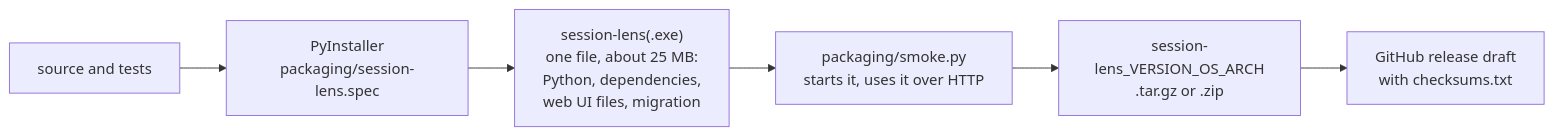
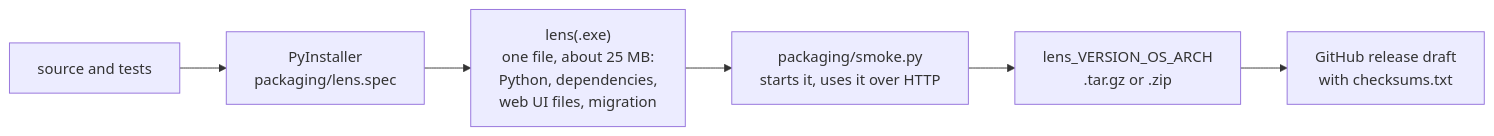
Diagram 22 of 22 in docs/architecture.md (Flockdeck/lens), drawn with Mermaid before and after one commit. The commit also changed other lines of this file and 187 other files, not shown here.

First line of the commit message:
Rename session-lens to lens

````diff
--- a/docs/architecture.md
+++ b/docs/architecture.md
@@ -857,8 +857,8 @@
 ```mermaid
 flowchart LR
-    src[source and tests] --> pyi[PyInstaller<br/>packaging/session-lens.spec]
-    pyi --> exe["session-lens(.exe)<br/>one file, about 25 MB:<br/>Python, dependencies,<br/>web UI files, migration"]
+    src[source and tests] --> pyi[PyInstaller<br/>packaging/lens.spec]
+    pyi --> exe["lens(.exe)<br/>one file, about 25 MB:<br/>Python, dependencies,<br/>web UI files, migration"]
     exe --> smoke[packaging/smoke.py<br/>starts it, uses it over HTTP]
-    smoke --> arch[session-lens_VERSION_OS_ARCH<br/>.tar.gz or .zip]
+    smoke --> arch[lens_VERSION_OS_ARCH<br/>.tar.gz or .zip]
     arch --> rel[GitHub release draft<br/>with checksums.txt]
 ```
````
